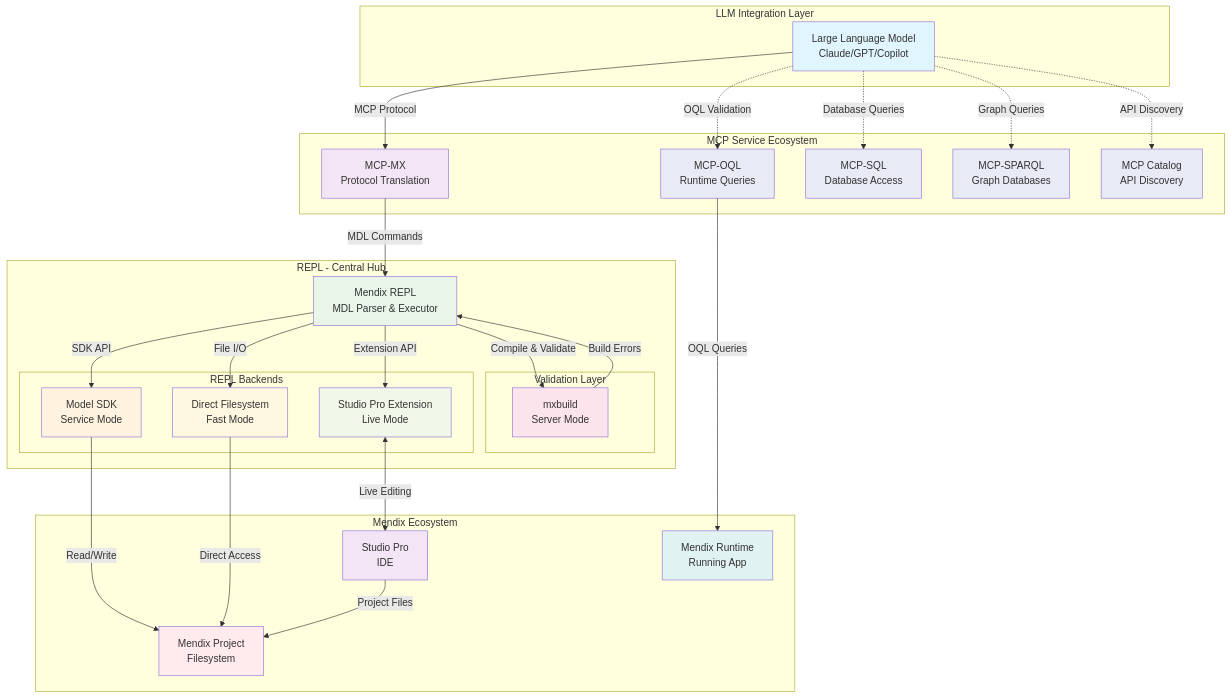
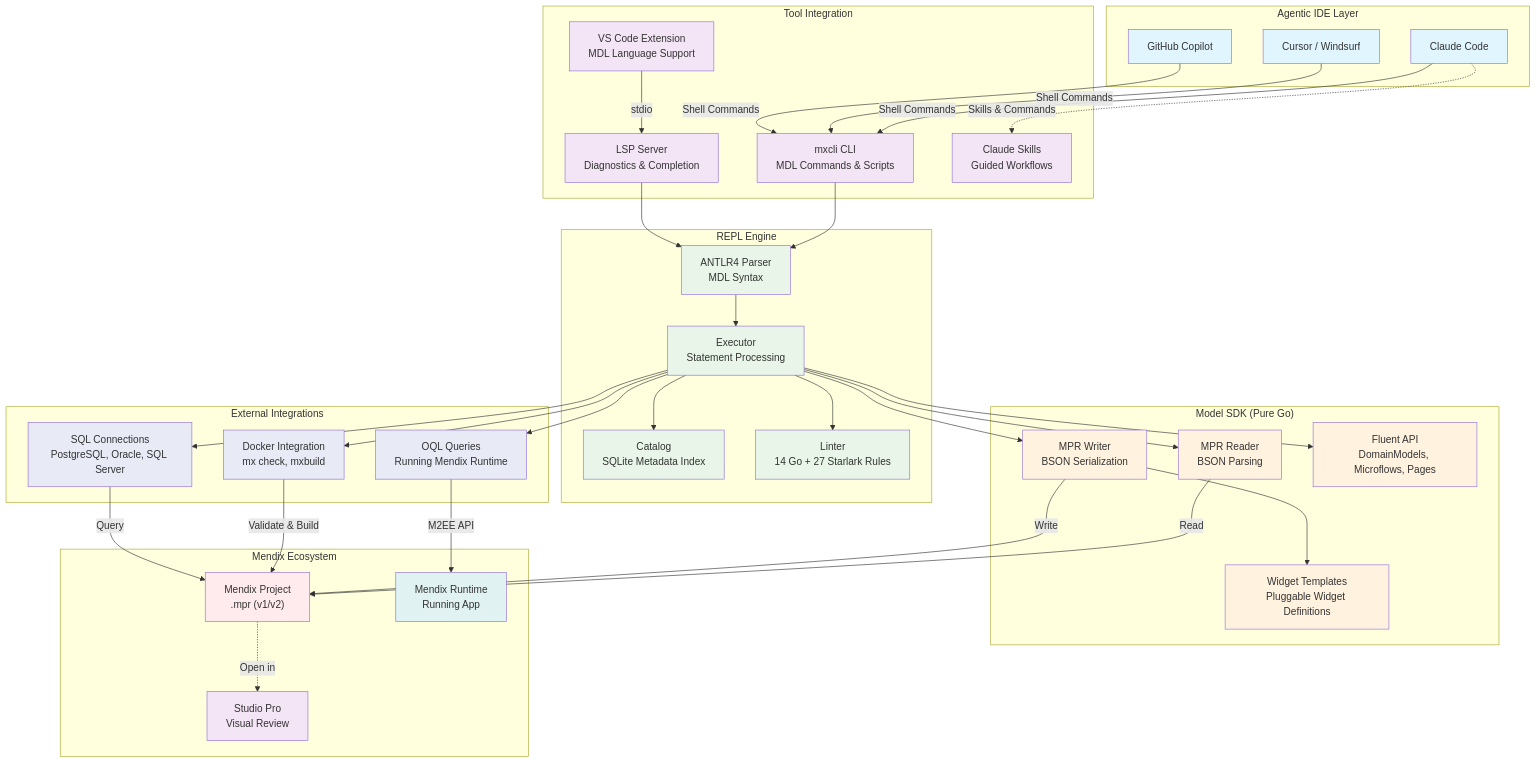
The first of 6 diagrams in docs/13-vision/vision.md (bdreesen/mxcli), drawn with Mermaid before and after one commit. The commit also changed other lines of this file, not shown here.

First line of the commit message:
Update vision document to reflect actual architecture and current state

````diff
--- a/docs/13-vision/vision.md
+++ b/docs/13-vision/vision.md
@@ -21,68 +21,90 @@
 ```mermaid
 graph TB
-    subgraph LLMLayer ["LLM Integration Layer"]
-        LLM["Large Language Model<br/>Claude/GPT/Copilot"]
+    subgraph AgenticIDEs ["Agentic IDE Layer"]
+        CLAUDE["Claude Code"]
+        CURSOR["Cursor / Windsurf"]
+        COPILOT["GitHub Copilot"]
     end
-    
-    subgraph MCPServices ["MCP Service Ecosystem"]
-        MCPMX["MCP-MX<br/>Protocol Translation"]
-        MCPOQL["MCP-OQL<br/>Runtime Queries"]
-        MCPSQL["MCP-SQL<br/>Database Access"]
-        MCPSPARQL["MCP-SPARQL<br/>Graph Databases"]
-        MCPCAT["MCP Catalog<br/>API Discovery"]
+
+    subgraph ToolLayer ["Tool Integration"]
+        CLI["mxcli CLI<br/>MDL Commands & Scripts"]
+        LSP["LSP Server<br/>Diagnostics & Completion"]
+        VSCODE["VS Code Extension<br/>MDL Language Support"]
+        SKILLS["Claude Skills<br/>Guided Workflows"]
     end
-    
-    subgraph REPLCore ["REPL - Central Hub"]
-        REPL["Mendix REPL<br/>MDL Parser & Executor"]
-        
-        subgraph Backends ["REPL Backends"]
-            SDK["Model SDK<br/>Service Mode"]
-            FS["Direct Filesystem<br/>Fast Mode"]
-            SP["Studio Pro Extension<br/>Live Mode"]
-        end
-        
-        subgraph Validation ["Validation Layer"]
-            MXBUILD["mxbuild<br/>Server Mode"]
-        end
+
+    subgraph REPLCore ["REPL Engine"]
+        PARSER["ANTLR4 Parser<br/>MDL Syntax"]
+        EXEC["Executor<br/>Statement Processing"]
+        CATALOG["Catalog<br/>SQLite Metadata Index"]
+        LINTER["Linter<br/>14 Go + 27 Starlark Rules"]
     end
-    
+
+    subgraph ModelSDK ["Model SDK (Pure Go)"]
+        READER["MPR Reader<br/>BSON Parsing"]
+        WRITER["MPR Writer<br/>BSON Serialization"]
+        API["Fluent API<br/>DomainModels, Microflows, Pages"]
+        WIDGETS["Widget Templates<br/>Pluggable Widget Definitions"]
+    end
+
+    subgraph External ["External Integrations"]
+        SQLCONN["SQL Connections<br/>PostgreSQL, Oracle, SQL Server"]
+        OQL["OQL Queries<br/>Running Mendix Runtime"]
+        DOCKER["Docker Integration<br/>mx check, mxbuild"]
+    end
+
     subgraph MendixEco ["Mendix Ecosystem"]
-        PROJ["Mendix Project<br/>Filesystem"]
-        STUDIO["Studio Pro<br/>IDE"]
+        PROJ["Mendix Project<br/>.mpr (v1/v2)"]
+        STUDIO["Studio Pro<br/>Visual Review"]
         RUNTIME["Mendix Runtime<br/>Running App"]
     end
-    
-    LLM -->|MCP Protocol| MCPMX
-    LLM -.->|OQL Validation| MCPOQL
-    LLM -.->|Database Queries| MCPSQL
-    LLM -.->|Graph Queries| MCPSPARQL
-    LLM -.->|API Discovery| MCPCAT
-    
-    MCPMX -->|MDL Commands| REPL
-    MCPOQL -->|OQL Queries| RUNTIME
-    
-    REPL -->|SDK API| SDK
-    REPL -->|File I/O| FS
-    REPL -->|Extension API| SP
-    REPL -->|Compile & Validate| MXBUILD
-    
-    SDK -->|Read/Write| PROJ
-    FS -->|Direct Access| PROJ
-    SP <-->|Live Editing| STUDIO
-    STUDIO -->|Project Files| PROJ
-    MXBUILD -->|Build Errors| REPL
-    
-    style LLM fill:#e1f5fe
-    style MCPMX fill:#f3e5f5
-    style MCPOQL fill:#e8eaf6
-    style MCPSQL fill:#e8eaf6
-    style MCPSPARQL fill:#e8eaf6
-    style MCPCAT fill:#e8eaf6
-    style REPL fill:#e8f5e8
-    style SDK fill:#fff3e0
-    style FS fill:#fff8e1
-    style SP fill:#f1f8e9
-    style MXBUILD fill:#fce4ec
+
+    CLAUDE -->|Shell Commands| CLI
+    CURSOR -->|Shell Commands| CLI
+    COPILOT -->|Shell Commands| CLI
+    CLAUDE -.->|Skills & Commands| SKILLS
+    VSCODE -->|stdio| LSP
+
+    CLI --> PARSER
+    LSP --> PARSER
+    PARSER --> EXEC
+    EXEC --> CATALOG
+    EXEC --> LINTER
+
+    EXEC --> READER
+    EXEC --> WRITER
+    EXEC --> API
+    WRITER --> WIDGETS
+
+    EXEC --> SQLCONN
+    EXEC --> OQL
+    EXEC --> DOCKER
+
+    READER -->|Read| PROJ
+    WRITER -->|Write| PROJ
+    DOCKER -->|Validate & Build| PROJ
+    OQL -->|M2EE API| RUNTIME
+    SQLCONN -->|Query| PROJ
+    PROJ -.->|Open in| STUDIO
+
+    style CLAUDE fill:#e1f5fe
+    style CURSOR fill:#e1f5fe
+    style COPILOT fill:#e1f5fe
+    style CLI fill:#f3e5f5
+    style LSP fill:#f3e5f5
+    style VSCODE fill:#f3e5f5
+    style SKILLS fill:#f3e5f5
+    style PARSER fill:#e8f5e8
+    style EXEC fill:#e8f5e8
+    style CATALOG fill:#e8f5e8
+    style LINTER fill:#e8f5e8
+    style READER fill:#fff3e0
+    style WRITER fill:#fff3e0
+    style API fill:#fff3e0
+    style WIDGETS fill:#fff3e0
+    style SQLCONN fill:#e8eaf6
+    style OQL fill:#e8eaf6
+    style DOCKER fill:#e8eaf6
     style PROJ fill:#ffebee
     style STUDIO fill:#f3e5f5
     style RUNTIME fill:#e0f2f1
````
